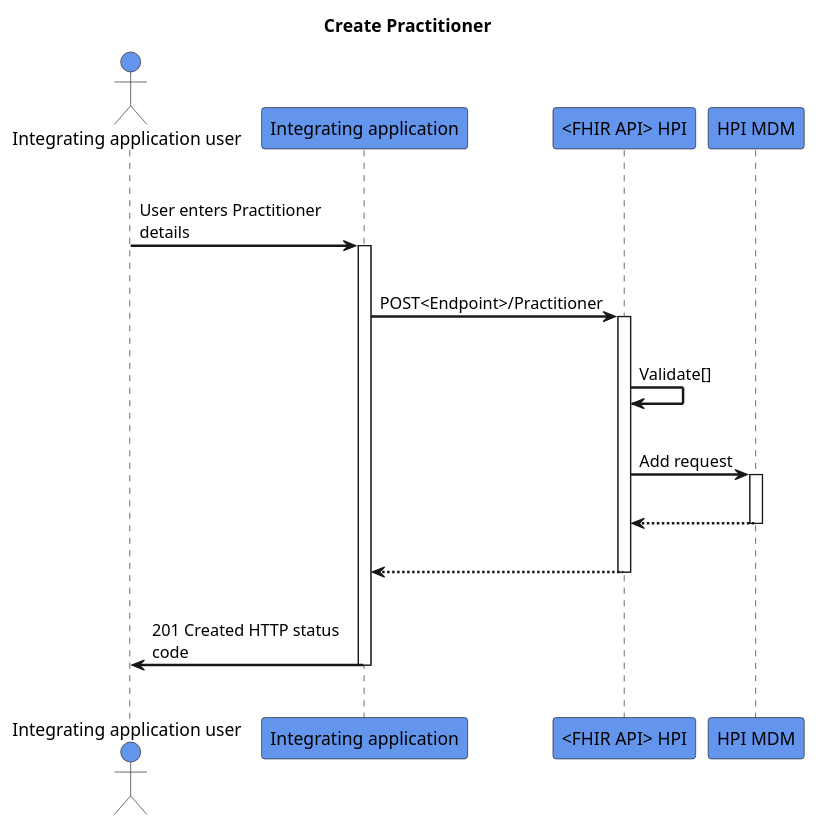
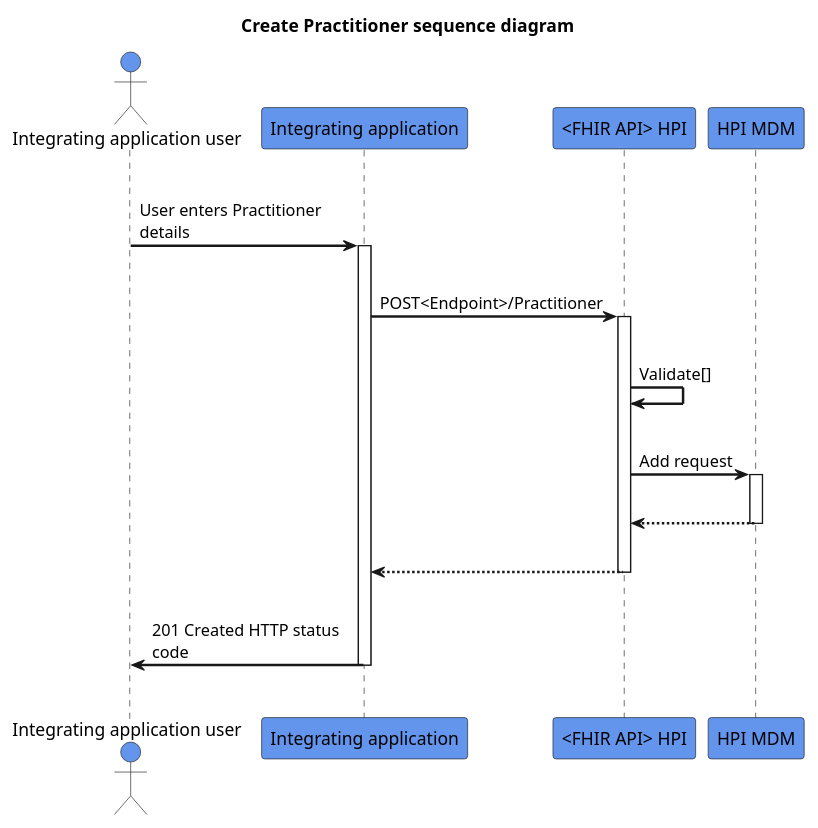
Before and after one commit to HL7NZ/hpi: the diagram in input/images-source/create-practitioner.plantuml, drawn with PlantUML.

```diff
--- a/input/images-source/create-practitioner.plantuml
+++ b/input/images-source/create-practitioner.plantuml
@@ -1,32 +1,32 @@
 @startuml
 skinparam sequenceArrowThickness 2
 skinparam roundcorner 5
 skinparam maxmessagesize 180
 skinparam sequenceParticipant bold
-title Create Practitioner
+title Create Practitioner sequence diagram
 actor "Integrating application user" as User #CornflowerBlue
 participant "Integrating application" as A #CornflowerBlue
 participant "<FHIR API> HPI" as B #CornflowerBlue
 participant "HPI MDM" as C #CornflowerBlue
 |||
 User -> A: User enters Practitioner details
 activate A
 |||
 A -> B: POST<Endpoint>/Practitioner
 activate B
 |||
 B -> B: Validate[]
 |||
 B -> C: Add request
 activate C
 |||
 C -[dashed]-> B:  
 deactivate C
 |||
 B -[dashed]-> A:
 deactivate B
 |||
 A -> User: 201 Created HTTP status code
 deactivate A
 |||
 @enduml
```
